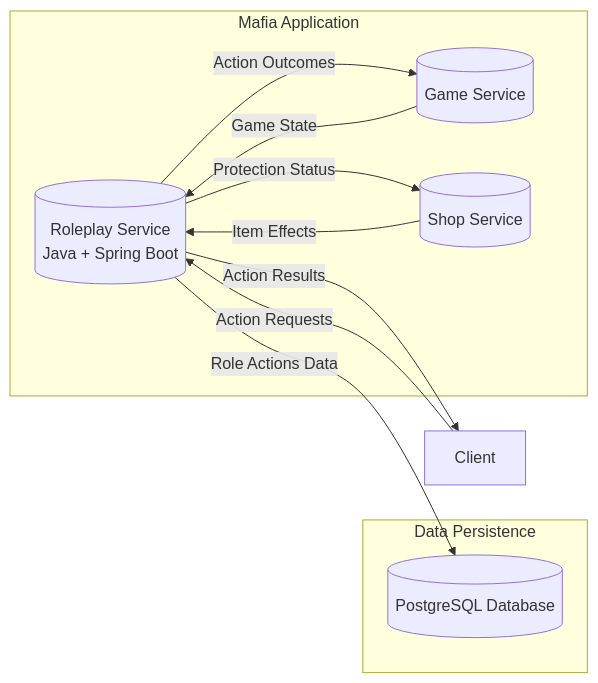
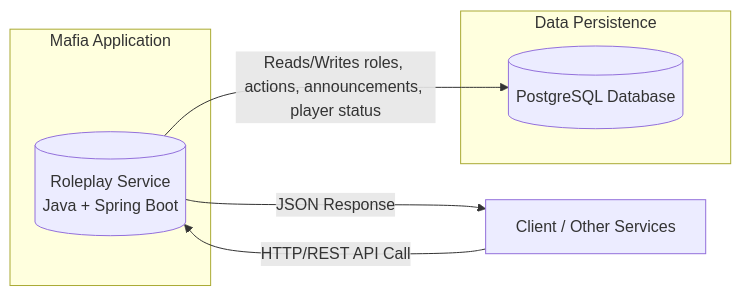
The seventh of 14 diagrams in README.md (Flexksx/distributed_mafia_platform), drawn with Mermaid before and after one commit. The commit also changed other lines of this file and 1 other file, not shown here.

First line of the commit message:
Add PostgreSQL database for shop service and shop service image (#67)

````diff
--- a/README.md
+++ b/README.md
@@ -1198,23 +2850,18 @@
 ```mermaid
 flowchart LR
     subgraph MafiaApplication["Mafia Application"]
         RS[("Roleplay Service
         Java + Spring Boot")]
-        GS[("Game Service")]
-        SS[("Shop Service")]
     end
 
     subgraph DataPersistence["Data Persistence"]
         DB[(PostgreSQL Database)]
     end
 
-    Client["Client"]
-    
-    Client -- "Action Requests" --> RS
-    RS -- "Action Results" --> Client
-    RS -- "Role Actions Data" --> DB
-    GS -- "Game State" --> RS
-    RS -- "Action Outcomes" --> GS
-    SS -- "Item Effects" --> RS
-    RS -- "Protection Status" --> SS
+    Client["Client / Other Services"]
+
+    Client -- "HTTP/REST API Call" --> RS
+    RS -- "JSON Response" --> Client
+    RS -- "Reads/Writes roles, actions, announcements, player status" --> DB
+
 ```
````
